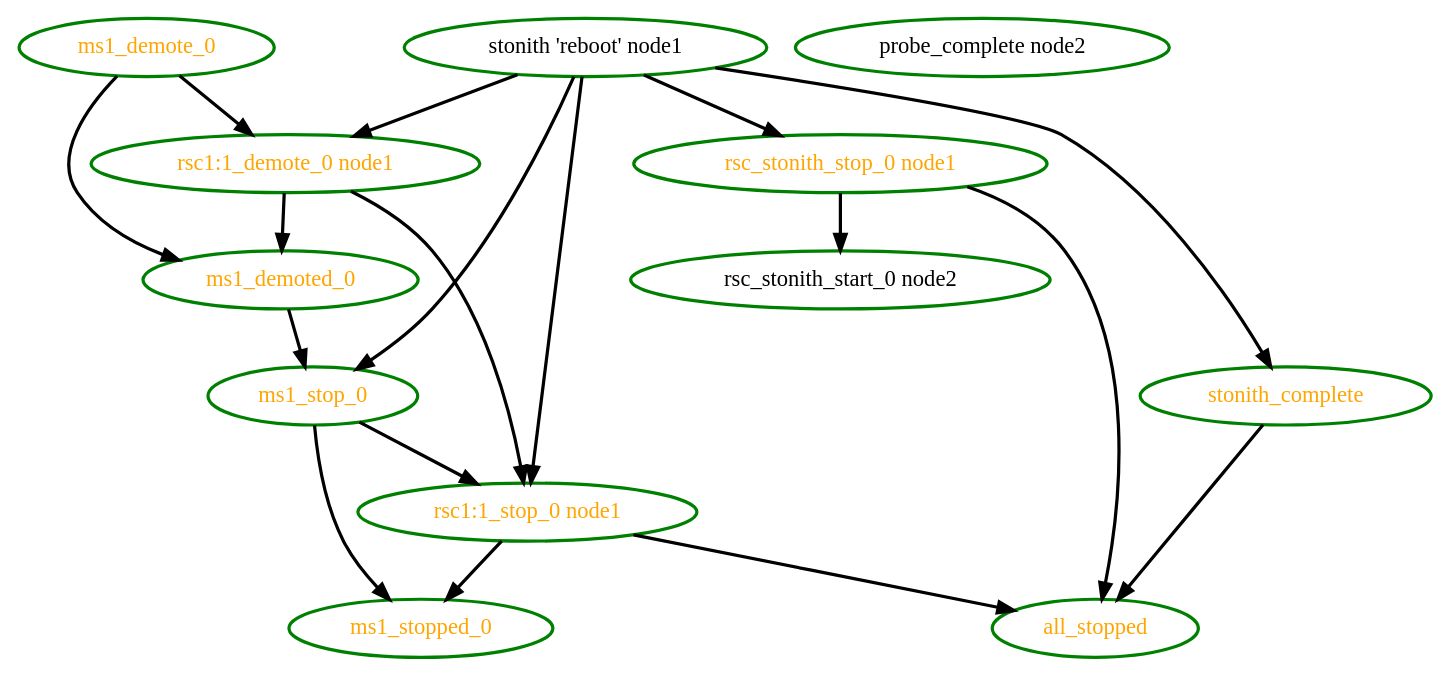
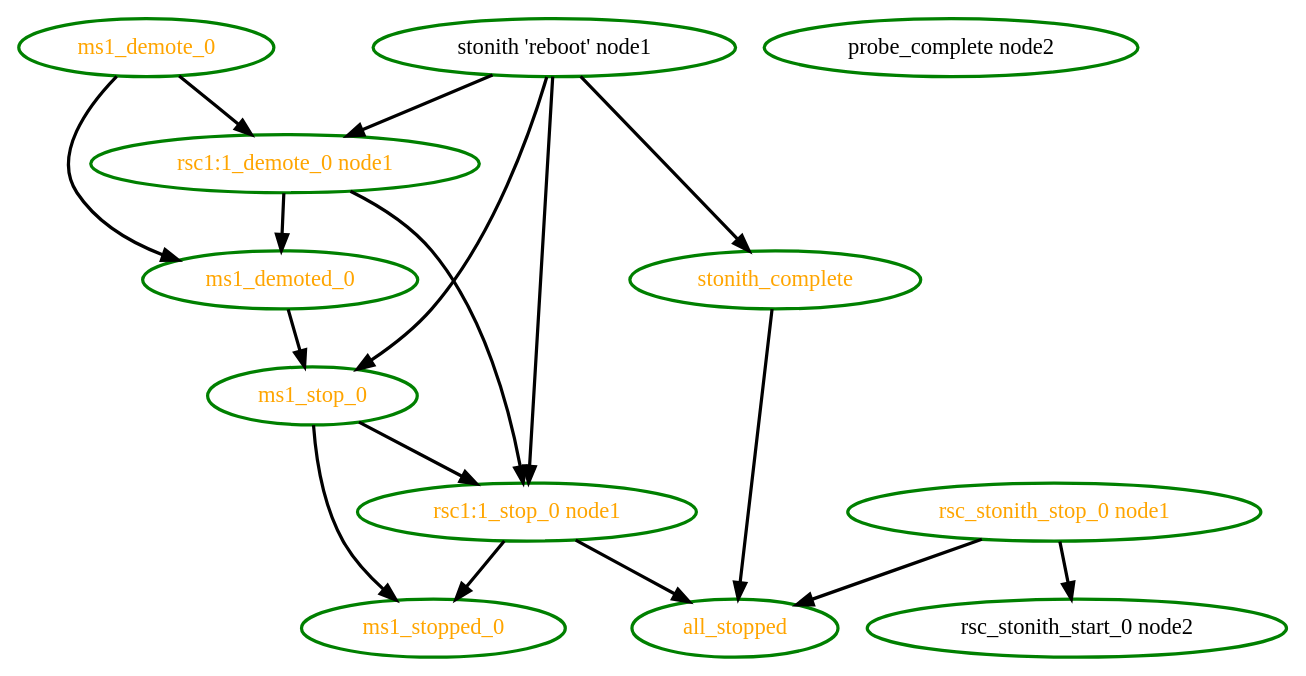
One commit to ClusterLabs/pacemaker changed the diagram in pengine/test10/ticket-master-9.dot. Above: the diagram before and after it, drawn with Graphviz. The commit also changed 18 other files, not shown here.

```diff
--- a/pengine/test10/ticket-master-9.dot
+++ b/pengine/test10/ticket-master-9.dot
@@ -1,31 +1,30 @@
 digraph "g" {
 "all_stopped" [ style=bold color="green" fontcolor="orange" ]
 "ms1_demote_0" -> "ms1_demoted_0" [ style = bold]
 "ms1_demote_0" -> "rsc1:1_demote_0 node1" [ style = bold]
 "ms1_demote_0" [ style=bold color="green" fontcolor="orange" ]
 "ms1_demoted_0" -> "ms1_stop_0" [ style = bold]
 "ms1_demoted_0" [ style=bold color="green" fontcolor="orange" ]
 "ms1_stop_0" -> "ms1_stopped_0" [ style = bold]
 "ms1_stop_0" -> "rsc1:1_stop_0 node1" [ style = bold]
 "ms1_stop_0" [ style=bold color="green" fontcolor="orange" ]
 "ms1_stopped_0" [ style=bold color="green" fontcolor="orange" ]
 "probe_complete node2" [ style=bold color="green" fontcolor="black" ]
 "rsc1:1_demote_0 node1" -> "ms1_demoted_0" [ style = bold]
 "rsc1:1_demote_0 node1" -> "rsc1:1_stop_0 node1" [ style = bold]
 "rsc1:1_demote_0 node1" [ style=bold color="green" fontcolor="orange"]
 "rsc1:1_stop_0 node1" -> "all_stopped" [ style = bold]
 "rsc1:1_stop_0 node1" -> "ms1_stopped_0" [ style = bold]
 "rsc1:1_stop_0 node1" [ style=bold color="green" fontcolor="orange" ]
 "rsc_stonith_start_0 node2" [ style=bold color="green" fontcolor="black"]
 "rsc_stonith_stop_0 node1" -> "all_stopped" [ style = bold]
 "rsc_stonith_stop_0 node1" -> "rsc_stonith_start_0 node2" [ style = bold]
 "rsc_stonith_stop_0 node1" [ style=bold color="green" fontcolor="orange"]
 "stonith 'reboot' node1" -> "ms1_stop_0" [ style = bold]
 "stonith 'reboot' node1" -> "rsc1:1_demote_0 node1" [ style = bold]
 "stonith 'reboot' node1" -> "rsc1:1_stop_0 node1" [ style = bold]
-"stonith 'reboot' node1" -> "rsc_stonith_stop_0 node1" [ style = bold]
 "stonith 'reboot' node1" -> "stonith_complete" [ style = bold]
 "stonith 'reboot' node1" [ style=bold color="green" fontcolor="black"]
 "stonith_complete" -> "all_stopped" [ style = bold]
 "stonith_complete" [ style=bold color="green" fontcolor="orange" ]
 }
```
